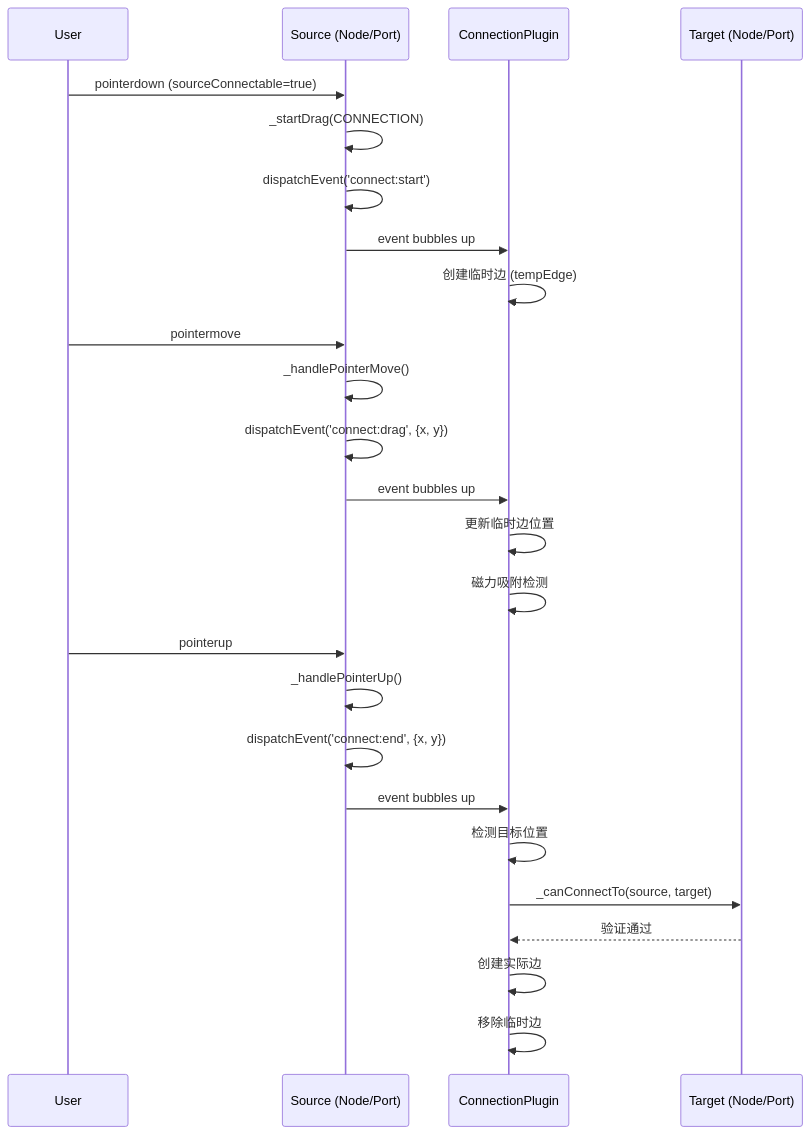
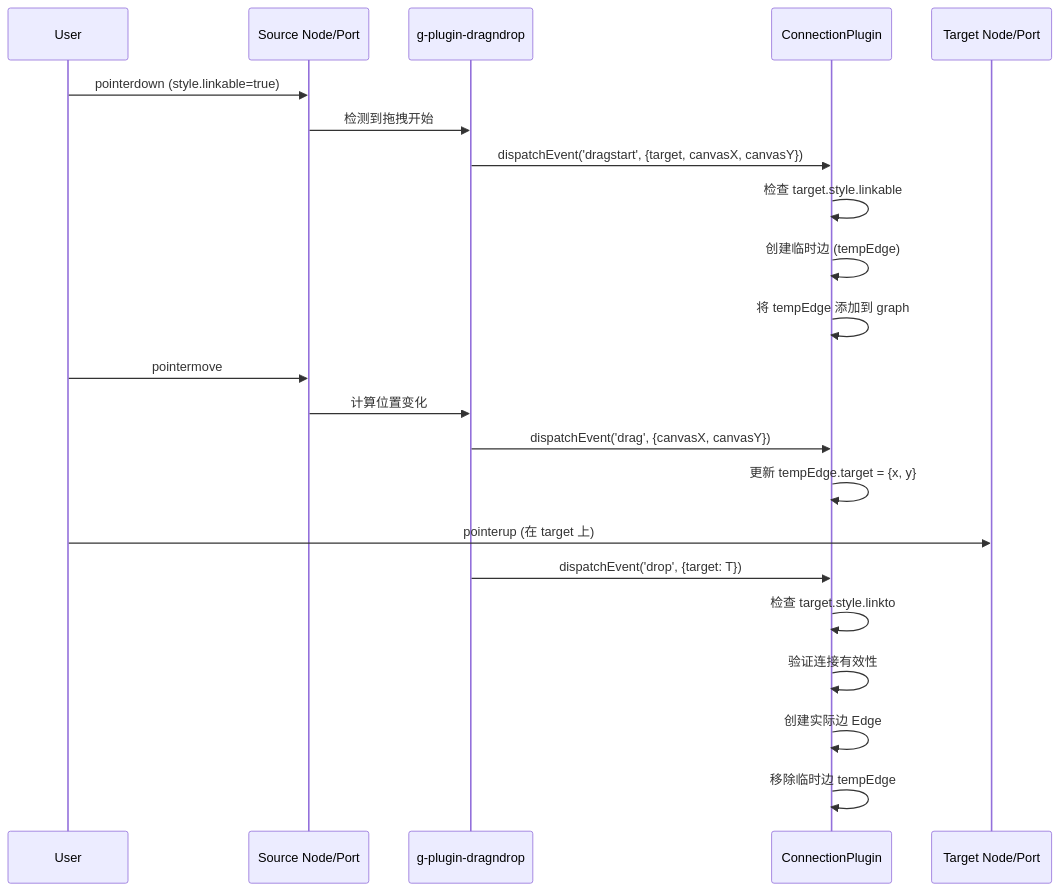
The eighth of 11 diagrams in packages/ge-core/docs/ARCHITECTURE.md (lloydzhou/ge), drawn with Mermaid before and after one commit. The commit also changed other lines of this file and 14 other files, not shown here.

First line of the commit message:
refactor: phase 1 - migrate to g-plugin-dragndrop and fix interaction issues

````diff
--- a/packages/ge-core/docs/ARCHITECTURE.md
+++ b/packages/ge-core/docs/ARCHITECTURE.md
@@ -390,30 +422,27 @@
 ```mermaid
 sequenceDiagram
     participant U as User
-    participant S as Source (Node/Port)
-    participant P as ConnectionPlugin
-    participant T as Target (Node/Port)
+    participant S as Source Node/Port
+    participant D as g-plugin-dragndrop
+    participant C as ConnectionPlugin
+    participant T as Target Node/Port
 
-    U->>S: pointerdown (sourceConnectable=true)
-    S->>S: _startDrag(CONNECTION)
-    S->>S: dispatchEvent('connect:start')
-    S->>P: event bubbles up
-    P->>P: 创建临时边 (tempEdge)
+    U->>S: pointerdown (style.linkable=true)
+    S->>D: 检测到拖拽开始
+    D->>C: dispatchEvent('dragstart', {target, canvasX, canvasY})
+    C->>C: 检查 target.style.linkable
+    C->>C: 创建临时边 (tempEdge)
+    C->>C: 将 tempEdge 添加到 graph
 
     U->>S: pointermove
-    S->>S: _handlePointerMove()
-    S->>S: dispatchEvent('connect:drag', {x, y})
-    S->>P: event bubbles up
-    P->>P: 更新临时边位置
-    P->>P: 磁力吸附检测
+    S->>D: 计算位置变化
+    D->>C: dispatchEvent('drag', {canvasX, canvasY})
+    C->>C: 更新 tempEdge.target = {x, y}
 
-    U->>S: pointerup
-    S->>S: _handlePointerUp()
-    S->>S: dispatchEvent('connect:end', {x, y})
-    S->>P: event bubbles up
-    P->>P: 检测目标位置
-    P->>T: _canConnectTo(source, target)
-    T-->>P: 验证通过
-    P->>P: 创建实际边
-    P->>P: 移除临时边
+    U->>T: pointerup (在 target 上)
+    D->>C: dispatchEvent('drop', {target: T})
+    C->>C: 检查 target.style.linkto
+    C->>C: 验证连接有效性
+    C->>C: 创建实际边 Edge
+    C->>C: 移除临时边 tempEdge
 ```
````
